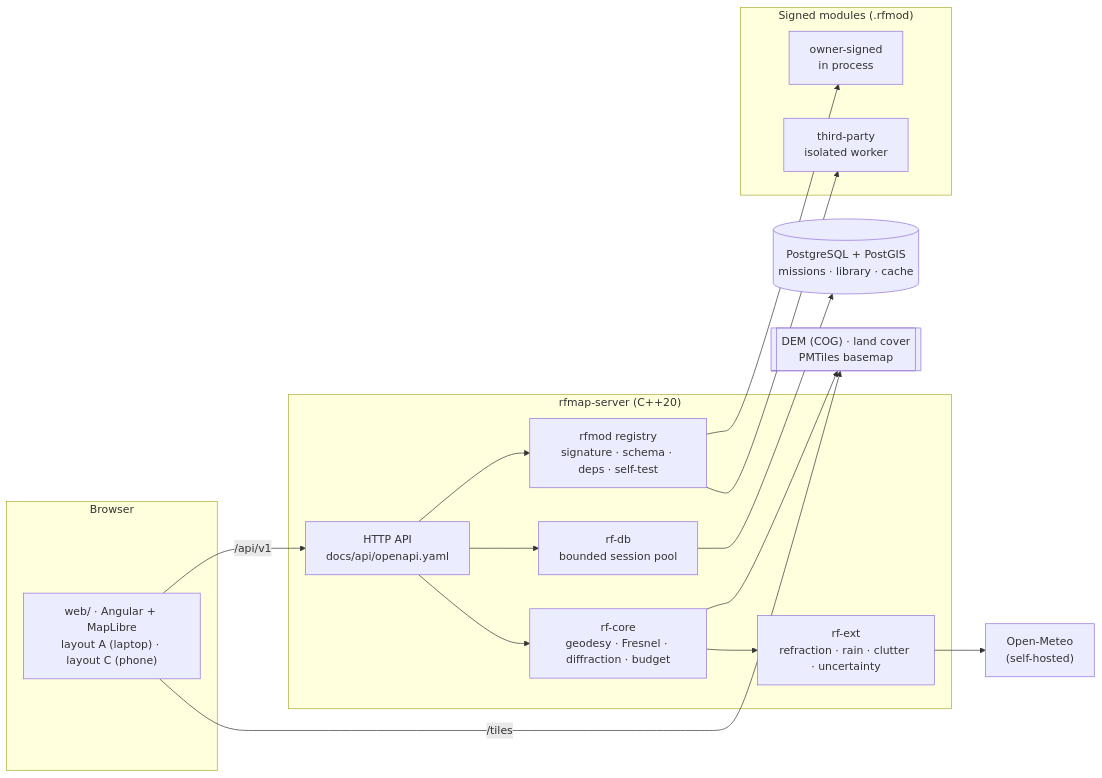
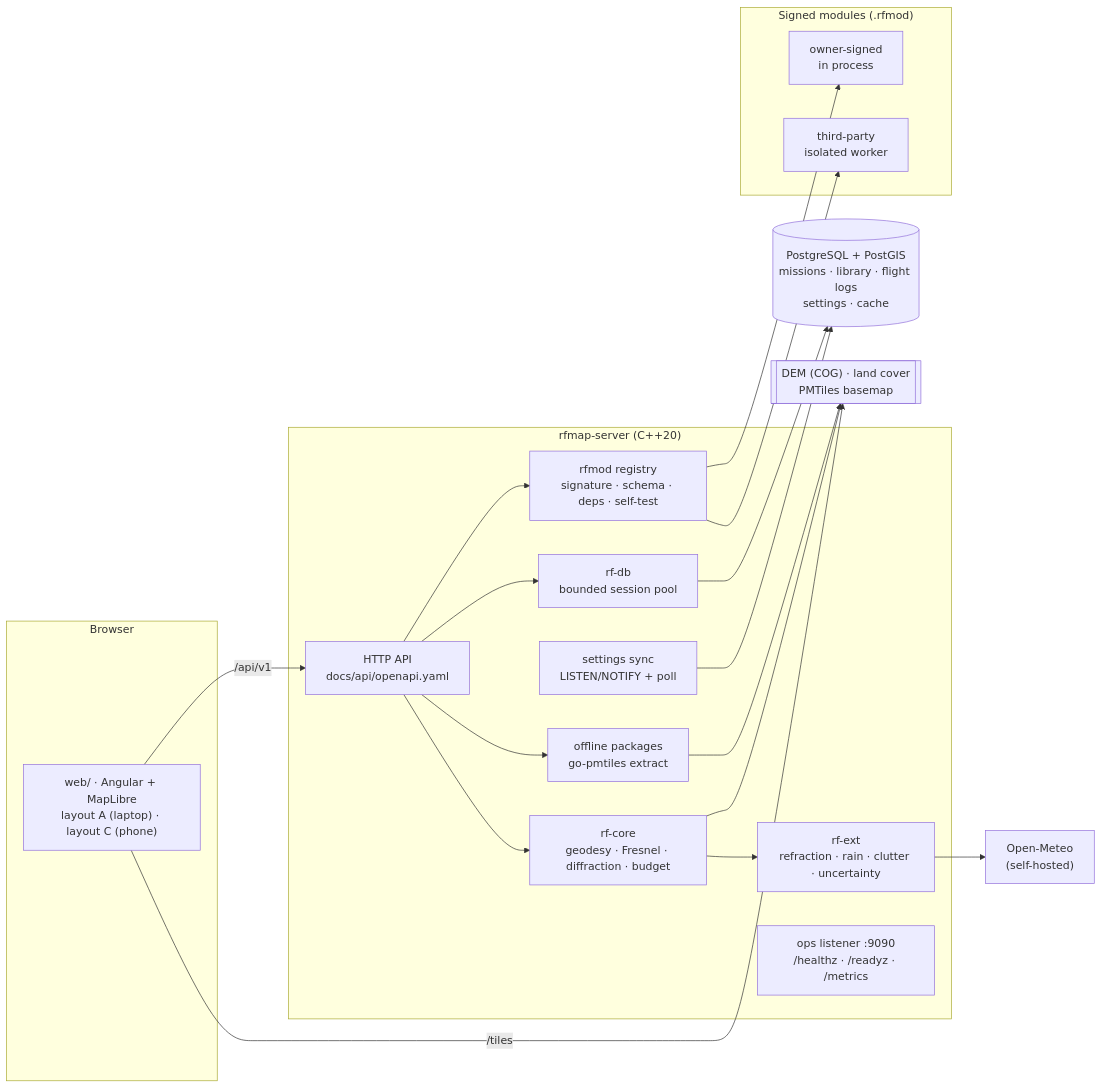
Before and after one commit to Rufics/fpv-radio-map: the diagram in README.md, drawn with Mermaid. The commit also changed other lines of this file and 18 other files, not shown here.

````diff
--- a/README.md
+++ b/README.md
@@ -125,29 +145,34 @@
 ```mermaid
 flowchart LR
   subgraph Browser
     W["web/ · Angular + MapLibre<br/>layout A (laptop) · layout C (phone)"]
   end
   subgraph Server["rfmap-server (C++20)"]
     API["HTTP API<br/>docs/api/openapi.yaml"]
     CORE["rf-core<br/>geodesy · Fresnel · diffraction · budget"]
     EXT["rf-ext<br/>refraction · rain · clutter · uncertainty"]
     REG["rfmod registry<br/>signature · schema · deps · self-test"]
     POOL["rf-db<br/>bounded session pool"]
+    SYNC["settings sync<br/>LISTEN/NOTIFY + poll"]
+    PKG["offline packages<br/>go-pmtiles extract"]
+    OPS["ops listener :9090<br/>/healthz · /readyz · /metrics"]
   end
   subgraph Modules["Signed modules (.rfmod)"]
     OWN["owner-signed<br/>in process"]
     THIRD["third-party<br/>isolated worker"]
   end
-  DB[("PostgreSQL + PostGIS<br/>missions · library · cache")]
+  DB[("PostgreSQL + PostGIS<br/>missions · library · flight logs<br/>settings · cache")]
   DEM[["DEM (COG) · land cover<br/>PMTiles basemap"]]
   OM["Open-Meteo<br/>(self-hosted)"]
 
   W -->|/api/v1| API
   W -->|/tiles| DEM
   API --> CORE --> EXT
   API --> REG --> OWN
   REG --> THIRD
   API --> POOL --> DB
+  SYNC --> DB
+  API --> PKG --> DEM
   CORE --> DEM
   EXT --> OM
 ```
````
